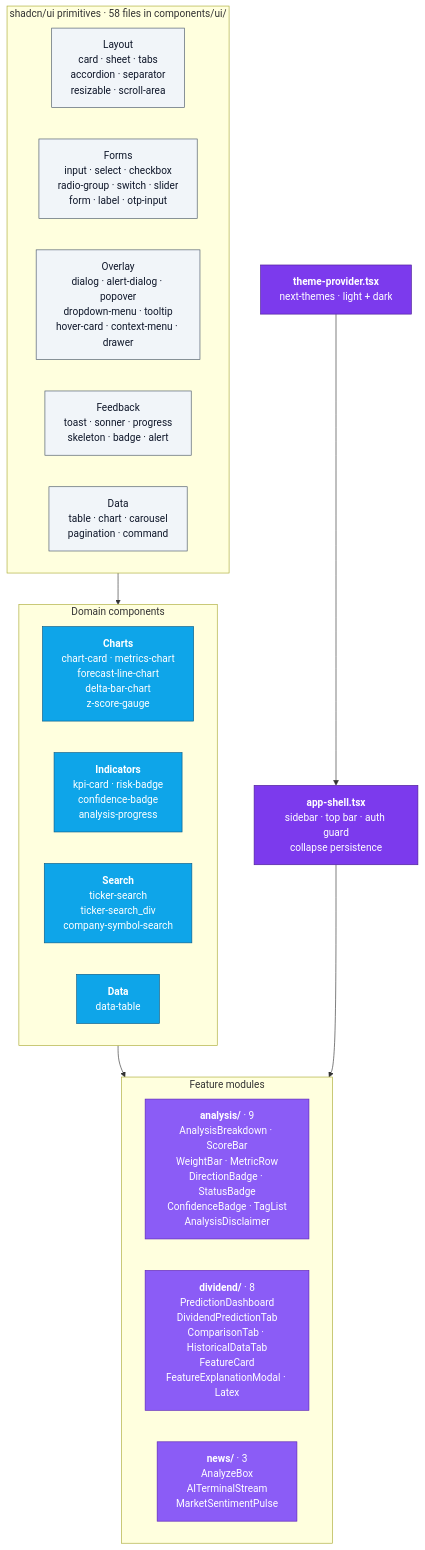
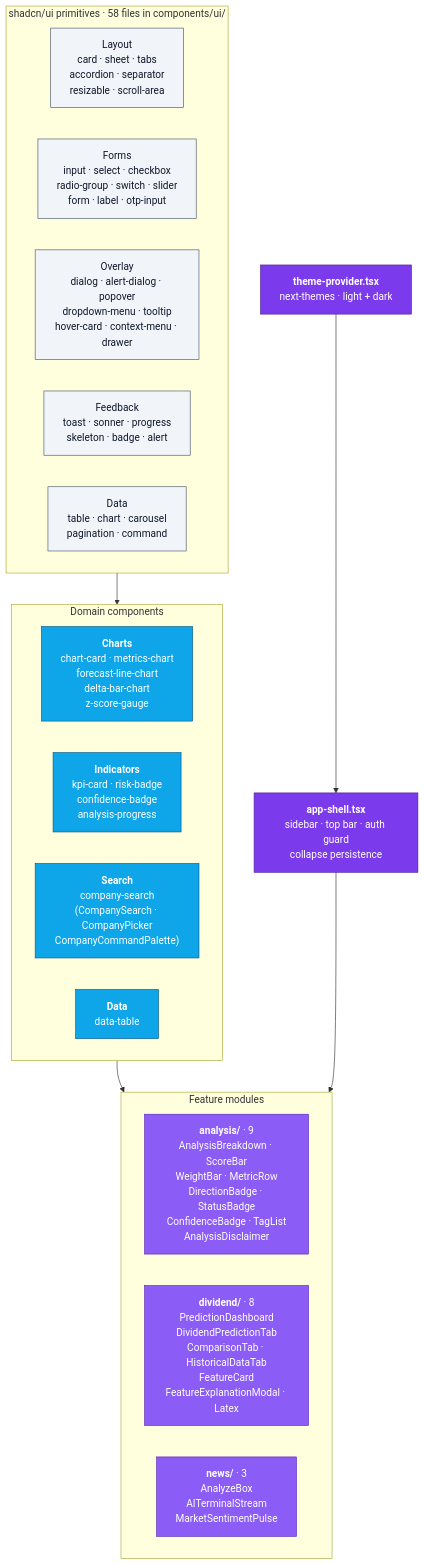
Before and after one commit to Research-SLIIT/Final-Year-Research_CSE-25-26J-445-Frontend: diagram 13 of 14 in README.md, drawn with Mermaid. The commit also changed other lines of this file and 50 other files, not shown here.

````diff
--- a/README.md
+++ b/README.md
@@ -876,42 +876,42 @@
 ```mermaid
 graph TB
     subgraph PRIM["shadcn/ui primitives · 58 files in components/ui/"]
         direction LR
         U1["Layout<br/>card · sheet · tabs<br/>accordion · separator<br/>resizable · scroll-area"]
         U2["Forms<br/>input · select · checkbox<br/>radio-group · switch · slider<br/>form · label · otp-input"]
         U3["Overlay<br/>dialog · alert-dialog · popover<br/>dropdown-menu · tooltip<br/>hover-card · context-menu · drawer"]
         U4["Feedback<br/>toast · sonner · progress<br/>skeleton · badge · alert"]
         U5["Data<br/>table · chart · carousel<br/>pagination · command"]
     end
 
     subgraph DOMAIN["Domain components"]
         direction LR
         D1["<b>Charts</b><br/>chart-card · metrics-chart<br/>forecast-line-chart<br/>delta-bar-chart<br/>z-score-gauge"]
         D2["<b>Indicators</b><br/>kpi-card · risk-badge<br/>confidence-badge<br/>analysis-progress"]
-        D3["<b>Search</b><br/>ticker-search<br/>ticker-search_div<br/>company-symbol-search"]
+        D3["<b>Search</b><br/>company-search<br/>(CompanySearch · CompanyPicker<br/>CompanyCommandPalette)"]
         D4["<b>Data</b><br/>data-table"]
     end
 
     subgraph FEAT["Feature modules"]
         direction LR
         F1["<b>analysis/</b> · 9<br/>AnalysisBreakdown · ScoreBar<br/>WeightBar · MetricRow<br/>DirectionBadge · StatusBadge<br/>ConfidenceBadge · TagList<br/>AnalysisDisclaimer"]
         F2["<b>dividend/</b> · 8<br/>PredictionDashboard<br/>DividendPredictionTab<br/>ComparisonTab · HistoricalDataTab<br/>FeatureCard<br/>FeatureExplanationModal · Latex"]
         F3["<b>news/</b> · 3<br/>AnalyzeBox<br/>AITerminalStream<br/>MarketSentimentPulse"]
     end
 
     SHELL["<b>app-shell.tsx</b><br/>sidebar · top bar · auth guard<br/>collapse persistence"]
     THEME["<b>theme-provider.tsx</b><br/>next-themes · light + dark"]
 
     PRIM --> DOMAIN --> FEAT
     SHELL --> FEAT
     THEME --> SHELL
 
     classDef prim fill:#f1f5f9,stroke:#475569,color:#0f172a
     classDef dom fill:#0ea5e9,stroke:#075985,color:#fff
     classDef feat fill:#8b5cf6,stroke:#5b21b6,color:#fff
     classDef shell fill:#7c3aed,stroke:#4c1d95,color:#fff
     class U1,U2,U3,U4,U5 prim
     class D1,D2,D3,D4 dom
     class F1,F2,F3 feat
     class SHELL,THEME shell
 ```
````
